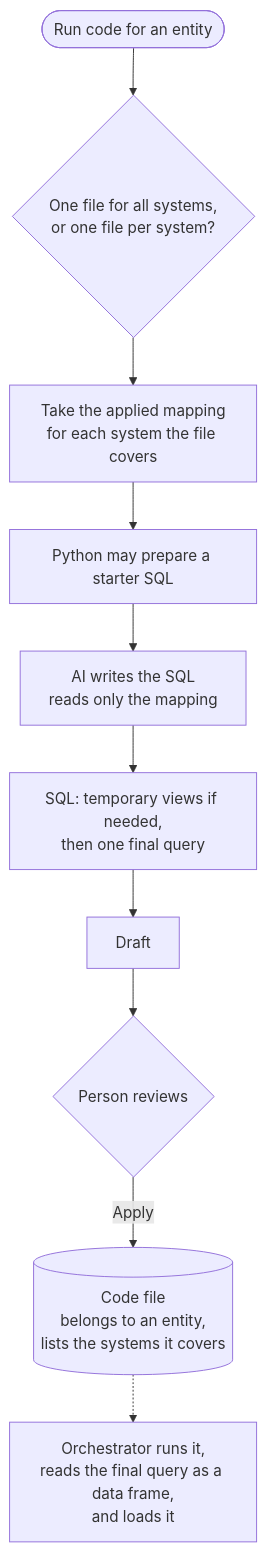
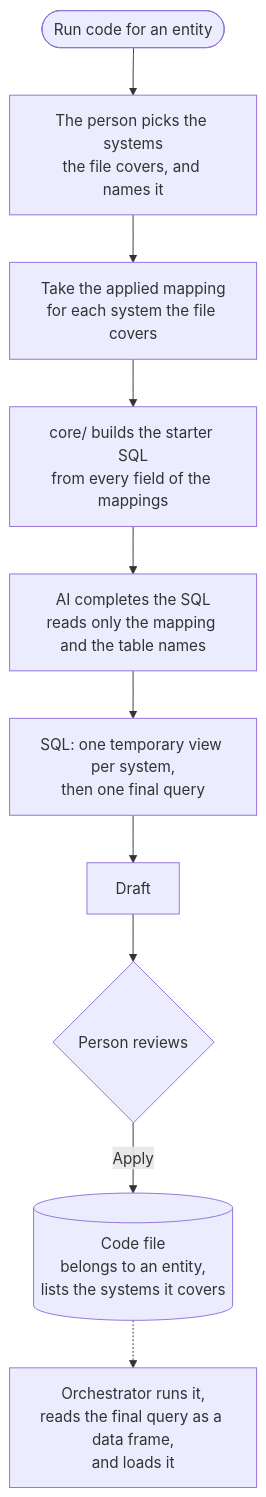
One commit to maazuddinmohammed/gds_workbench_v3 changed the diagram in design/workflows/code.md. Above: the diagram before and after it, drawn with Mermaid. The commit also changed other lines of this file and 43 other files, not shown here.

````diff
--- a/design/workflows/code.md
+++ b/design/workflows/code.md
@@ -8,12 +8,12 @@
 ```mermaid
 flowchart TD
-    START(["Run code for an entity"]) --> A{"One file for all systems,<br/>or one file per system?"}
+    START(["Run code for an entity"]) --> A["The person picks the systems<br/>the file covers, and names it"]
     A --> B["Take the applied mapping<br/>for each system the file covers"]
-    B --> C["Python may prepare a starter SQL"]
-    C --> D["AI writes the SQL<br/>reads only the mapping"]
-    D --> E["SQL: temporary views if needed,<br/>then one final query"]
+    B --> C["core/ builds the starter SQL<br/>from every field of the mappings"]
+    C --> D["AI completes the SQL<br/>reads only the mapping and the table names"]
+    D --> E["SQL: one temporary view per system,<br/>then one final query"]
     E --> F["Draft"]
     F --> G{"Person reviews"}
     G -- Apply --> H[("Code file<br/>belongs to an entity,<br/>lists the systems it covers")]
     H -.-> I["Orchestrator runs it,<br/>reads the final query as a data frame,<br/>and loads it"]
 ```
````
